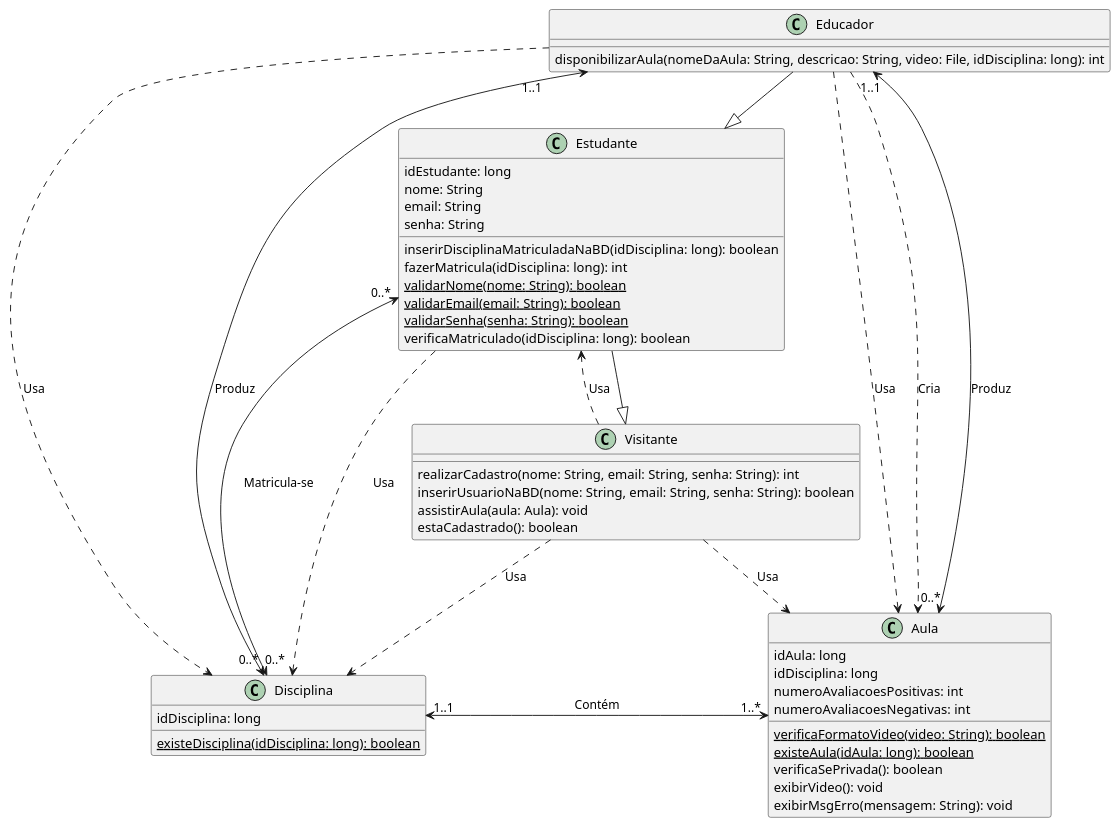
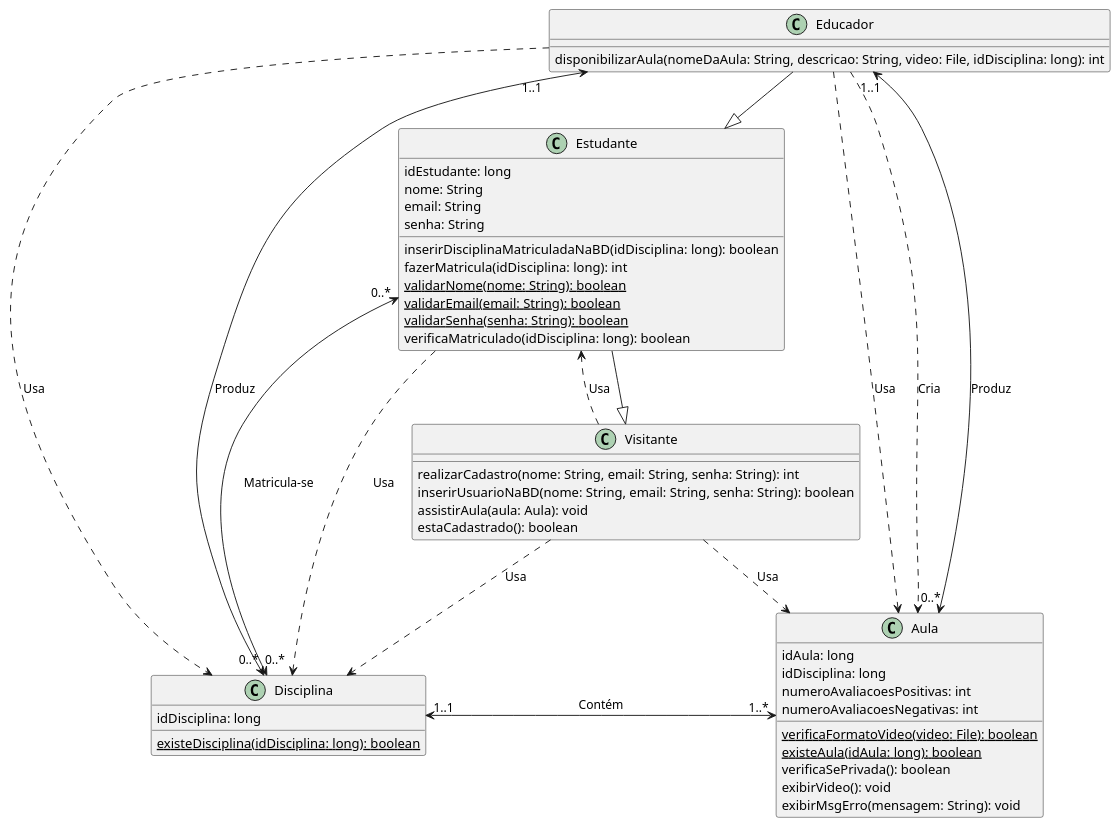
The diagram in diagrama_classes/diag_classes.plantuml (lucasg-mm/ensinet), drawn with PlantUML before and after one commit. The commit also changed 1 other file, not shown here.

Commit message:
Corrige pequeno erro no diagrama de classes

```diff
--- a/diagrama_classes/diag_classes.plantuml
+++ b/diagrama_classes/diag_classes.plantuml
@@ -1,62 +1,62 @@
 @startuml diagrama_classes
 class Estudante{
     idEstudante: long
     nome: String
     email: String
     senha: String
     inserirDisciplinaMatriculadaNaBD(idDisciplina: long): boolean  
     fazerMatricula(idDisciplina: long): int
     {static}validarNome(nome: String): boolean
     {static}validarEmail(email: String): boolean
     {static}validarSenha(senha: String): boolean
     verificaMatriculado(idDisciplina: long): boolean
 }
 
 class Disciplina{
     idDisciplina: long
     {static}existeDisciplina(idDisciplina: long): boolean
 }
 
 class Visitante{
     realizarCadastro(nome: String, email: String, senha: String): int
     inserirUsuarioNaBD(nome: String, email: String, senha: String): boolean    
     assistirAula(aula: Aula): void
     estaCadastrado(): boolean
 }
 
 class Educador{
     disponibilizarAula(nomeDaAula: String, descricao: String, video: File, idDisciplina: long): int
 }
 
 class Aula{
     idAula: long
     idDisciplina: long
     numeroAvaliacoesPositivas: int
     numeroAvaliacoesNegativas: int
-    {static}verificaFormatoVideo(video: String): boolean
+    {static}verificaFormatoVideo(video: File): boolean
     {static}existeAula(idAula: long): boolean
     verificaSePrivada(): boolean
     exibirVideo(): void
     exibirMsgErro(mensagem: String): void 
 }
 
 ' heranças
 Estudante--|>Visitante
 Educador--|>Estudante
 
 ' dependencias
 Estudante..>Disciplina: Usa
 Educador..>Disciplina: Usa  
 Educador..>Aula: Usa
 Educador..>Aula: Cria
 Visitante..>Aula: Usa
 Visitante..>Estudante: Usa
 Visitante..>Disciplina: Usa
 
 ' associações
 Disciplina"1..1"<-right->"1..*"Aula: Contém
 Disciplina"0..*"<-right->"0..*"Estudante: Matricula-se
 Educador"1..1"<-right->"0..*"Aula: Produz
 Educador"1..1"<-right->"0..*"Disciplina: Produz
 
 @enduml
```
